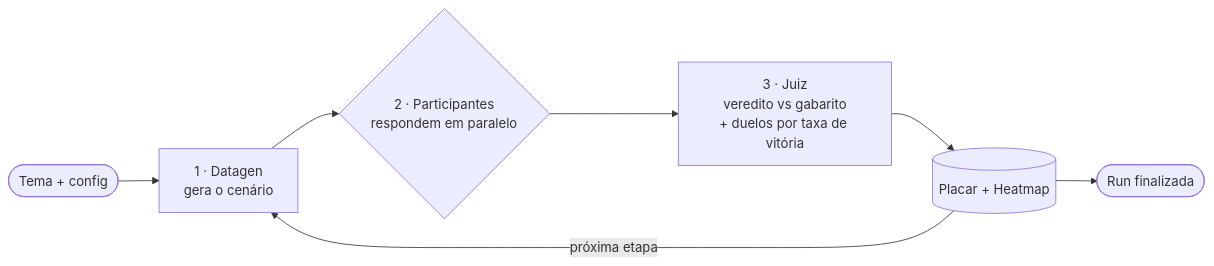
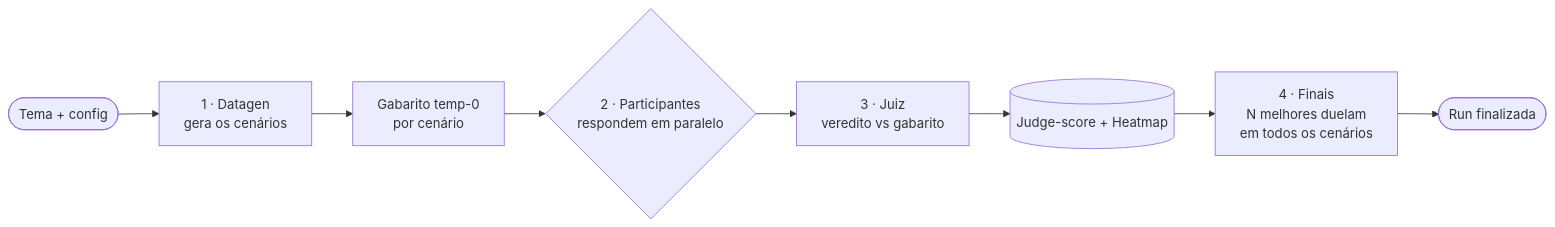
The first of 2 diagrams in README.md (frederico-kluser/prompt-builder), drawn with Mermaid before and after one commit. The commit also changed other lines of this file, not shown here.

````diff
--- a/README.md
+++ b/README.md
@@ -159,9 +202,10 @@
 ```mermaid
 flowchart LR
-  T([Tema + config]) --> DG[1 · Datagen<br/>gera o cenário]
-  DG --> C{2 · Participantes<br/>respondem em paralelo}
-  C --> J[3 · Juiz<br/>veredito vs gabarito<br/>+ duelos por taxa de vitória]
-  J --> S[(Placar + Heatmap)]
-  S -->|próxima etapa| DG
-  S --> R([Run finalizada])
+  T([Tema + config]) --> DG[1 · Datagen<br/>gera os cenários]
+  DG --> G[Gabarito temp-0<br/>por cenário]
+  G --> C{2 · Participantes<br/>respondem em paralelo}
+  C --> J[3 · Juiz<br/>veredito vs gabarito]
+  J --> S[(Judge-score + Heatmap)]
+  S --> F[4 · Finais<br/>N melhores duelam<br/>em todos os cenários]
+  F --> R([Run finalizada])
 ```
````
